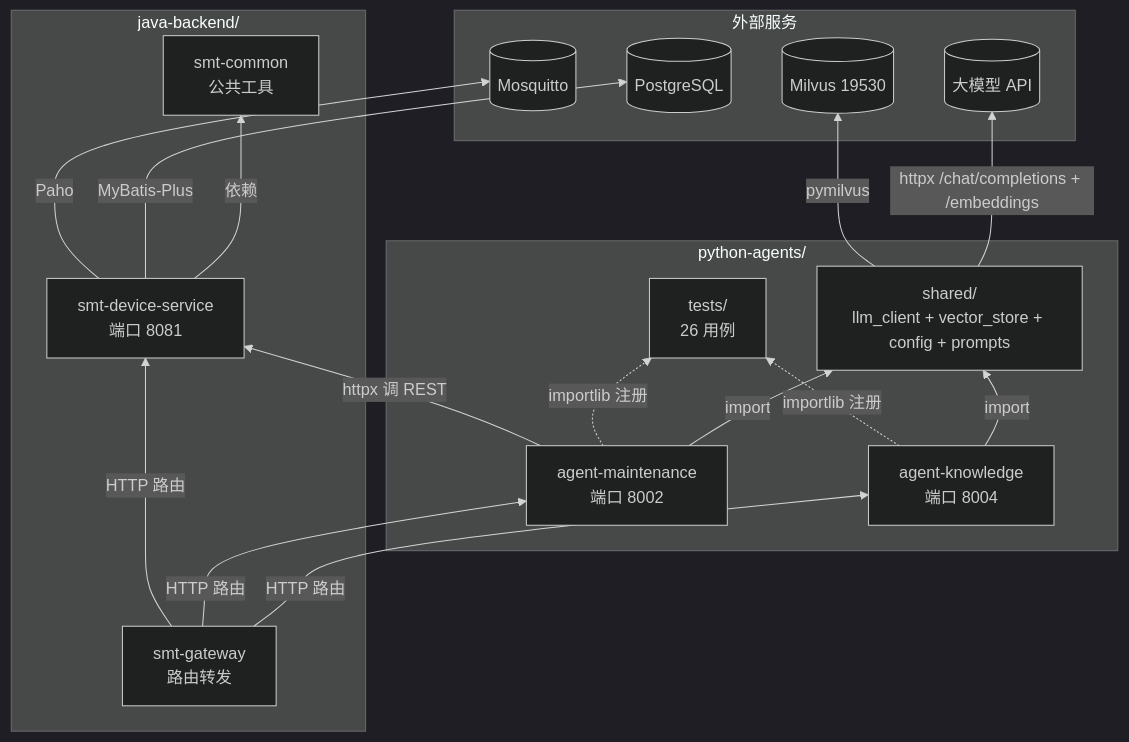
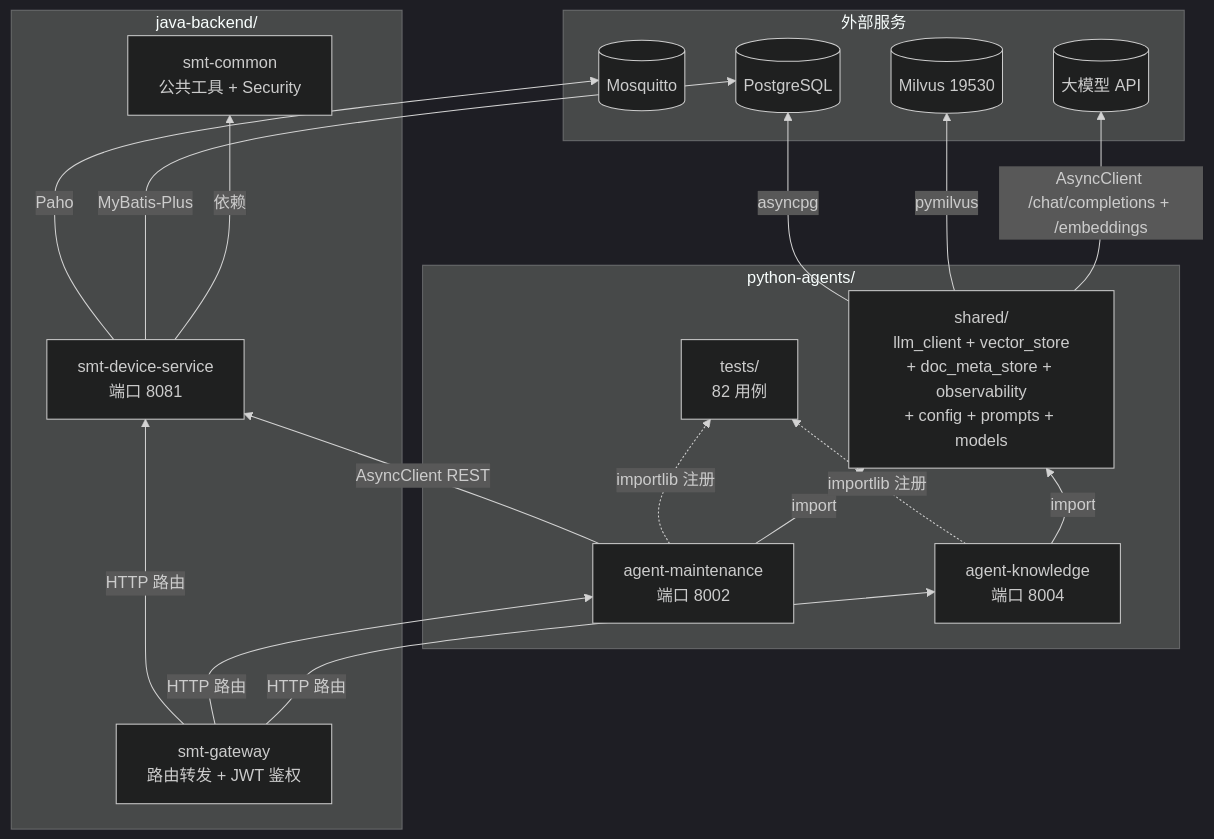
The sixth of 8 diagrams in docs/explaination/project-explanation-phase2.md (north30-dev/smt-agent-platform), drawn with Mermaid (dark theme) before and after one commit. The commit also changed other lines of this file and 2 other files, not shown here.

````diff
--- a/docs/explaination/project-explanation-phase2.md
+++ b/docs/explaination/project-explanation-phase2.md
@@ -494,40 +490,41 @@
 ```mermaid
 graph BT
     subgraph PythonLayer["python-agents/"]
-        Shared["shared/<br/>llm_client + vector_store + config + prompts"]
+        Shared["shared/<br/>llm_client + vector_store<br/>+ doc_meta_store + observability<br/>+ config + prompts + models"]
         AK["agent-knowledge<br/>端口 8004"]
         AM["agent-maintenance<br/>端口 8002"]
-        Tests["tests/<br/>26 用例"]
+        Tests["tests/<br/>82 用例"]
     end
 
     subgraph JavaLayer["java-backend/"]
-        GW["smt-gateway<br/>路由转发"]
+        GW["smt-gateway<br/>路由转发 + JWT 鉴权"]
         DS["smt-device-service<br/>端口 8081"]
-        Common["smt-common<br/>公共工具"]
+        Common["smt-common<br/>公共工具 + Security"]
     end
 
-    subgraph ExtSvc1["外部服务"]
+    subgraph ExtSvc["外部服务"]
         LLM[("大模型 API")]
         Mil[("Milvus 19530")]
         PG[("PostgreSQL")]
         MQTT[("Mosquitto")]
     end
 
     AK -->|import| Shared
     AM -->|import| Shared
     AK -.->|"importlib 注册"| Tests
     AM -.->|"importlib 注册"| Tests
 
     GW -->|"HTTP 路由"| AK
     GW -->|"HTTP 路由"| AM
     GW -->|"HTTP 路由"| DS
 
-    AM -->|"httpx 调 REST"| DS
+    AM -->|"AsyncClient REST"| DS
 
     DS -->|依赖| Common
     DS -->|"MyBatis-Plus"| PG
     DS -->|Paho| MQTT
 
-    Shared -->|"httpx /chat/completions + /embeddings"| LLM
+    Shared -->|"AsyncClient /chat/completions + /embeddings"| LLM
     Shared -->|pymilvus| Mil
+    Shared -->|asyncpg| PG
 ```
````
